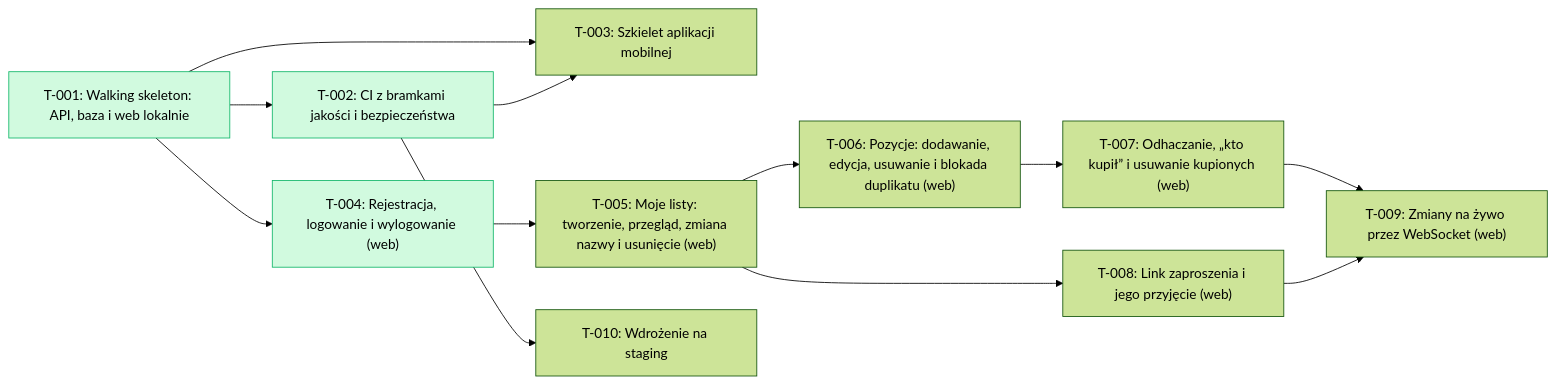
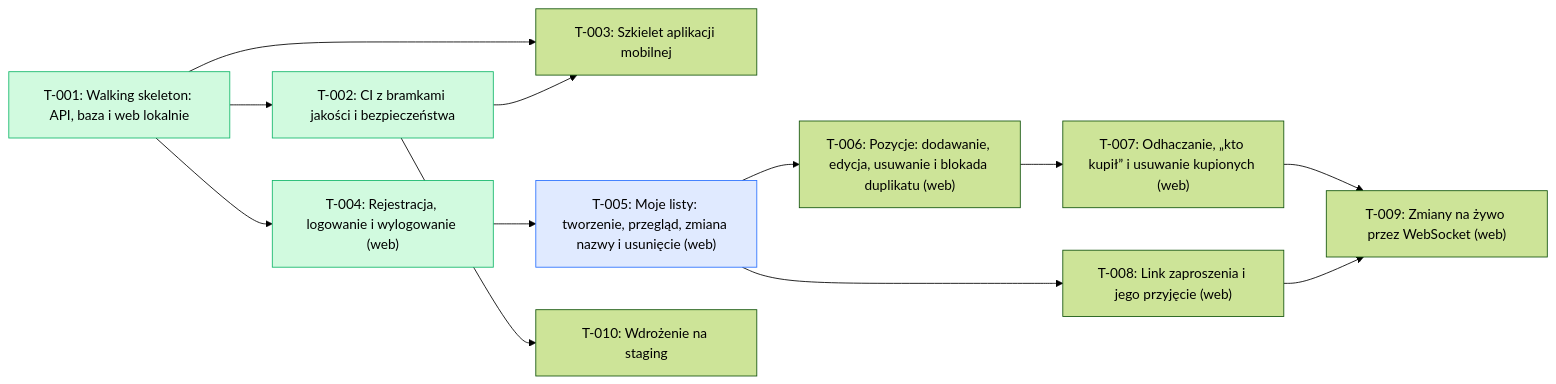
Before and after one commit to tombraz/lista-zakupow: the diagram in docs/backlog/index.md, drawn with Mermaid (forest theme). The commit also changed other lines of this file and 83 other files, not shown here.

Commit message:
T-005: Moje listy: tworzenie, przegląd, zmiana nazwy i usunięcie (web)

````diff
--- a/docs/backlog/index.md
+++ b/docs/backlog/index.md
@@ -19,28 +18,28 @@
 ```mermaid
 flowchart LR
   T_001["T-001: Walking skeleton: API, baza i web lokalnie"]:::done
   T_002["T-002: CI z bramkami jakości i bezpieczeństwa"]:::done
   T_003["T-003: Szkielet aplikacji mobilnej"]
   T_004["T-004: Rejestracja, logowanie i wylogowanie (web)"]:::done
-  T_005["T-005: Moje listy: tworzenie, przegląd, zmiana nazwy i usunięcie (web)"]
+  T_005["T-005: Moje listy: tworzenie, przegląd, zmiana nazwy i usunięcie (web)"]:::qa
   T_006["T-006: Pozycje: dodawanie, edycja, usuwanie i blokada duplikatu (web)"]
   T_007["T-007: Odhaczanie, „kto kupił” i usuwanie kupionych (web)"]
   T_008["T-008: Link zaproszenia i jego przyjęcie (web)"]
   T_009["T-009: Zmiany na żywo przez WebSocket (web)"]
   T_010["T-010: Wdrożenie na staging"]
   T_001 --> T_002
   T_001 --> T_003
   T_002 --> T_003
   T_001 --> T_004
   T_004 --> T_005
   T_005 --> T_006
   T_006 --> T_007
   T_005 --> T_008
   T_007 --> T_009
   T_008 --> T_009
   T_002 --> T_010
   classDef done fill:#d1fadf,stroke:#12b76a
   classDef wip fill:#fef0c7,stroke:#f79009
   classDef qa fill:#e0eaff,stroke:#2970ff
   classDef blocked fill:#fee4e2,stroke:#f04438
 ```
````
